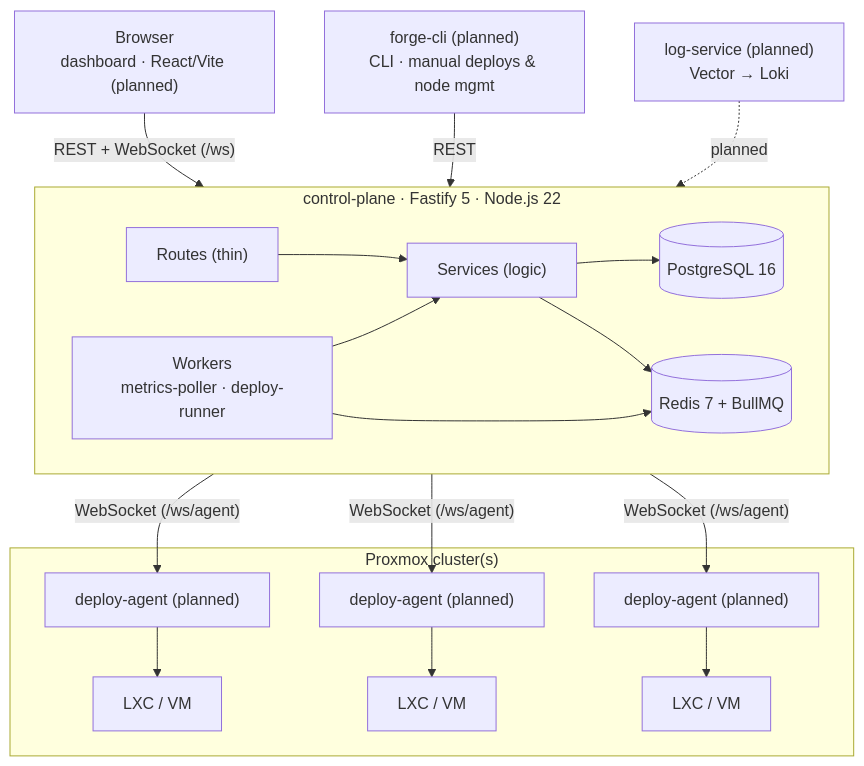
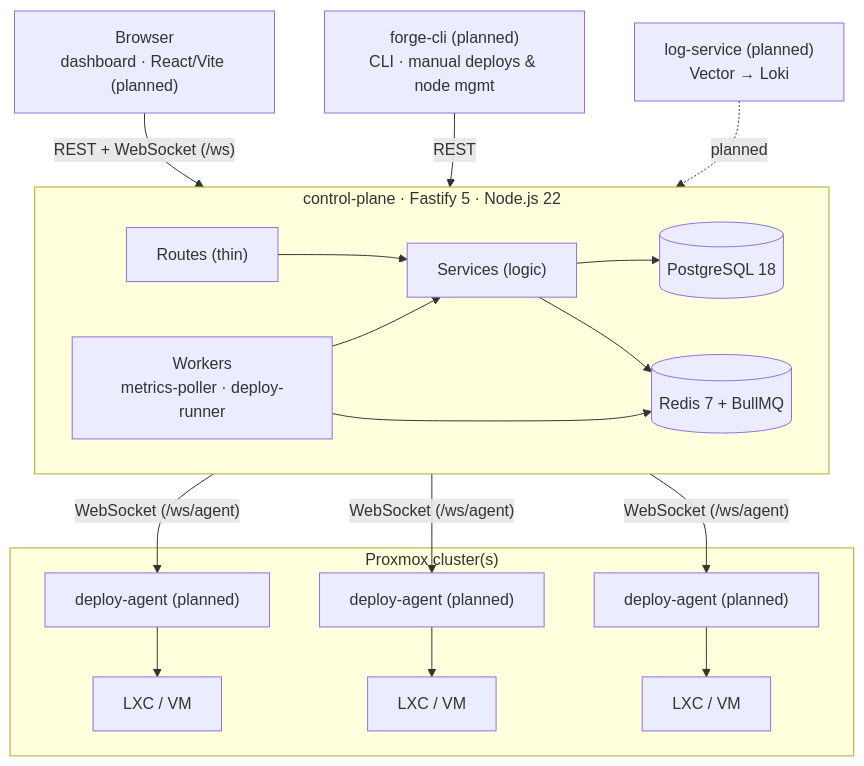
One commit to NinjaGoldfinch/ninja-ops changed the diagram in docs/architecture.md. Above: the diagram before and after it, drawn with Mermaid. The commit also changed 3 other files, not shown here.

````diff
--- a/docs/architecture.md
+++ b/docs/architecture.md
@@ -5,34 +5,34 @@
 ```mermaid
 graph TB
     Browser["Browser\ndashboard · React/Vite (planned)"]
     ForgeCLI["forge-cli (planned)\nCLI · manual deploys & node mgmt"]
     LogService["log-service (planned)\nVector → Loki"]
 
     subgraph CP["control-plane · Fastify 5 · Node.js 22"]
         Routes["Routes (thin)"]
         Services["Services (logic)"]
         Workers["Workers\nmetrics-poller · deploy-runner"]
-        PG[("PostgreSQL 16")]
+        PG[("PostgreSQL 18")]
         Redis[("Redis 7 + BullMQ")]
 
         Routes --> Services
         Services --> PG
         Services --> Redis
         Workers --> Redis
         Workers --> Services
     end
 
     Browser -- "REST + WebSocket (/ws)" --> CP
     ForgeCLI -- "REST" --> CP
     LogService -. "planned" .-> CP
 
     CP -- "WebSocket (/ws/agent)" --> Agent1
     CP -- "WebSocket (/ws/agent)" --> Agent2
     CP -- "WebSocket (/ws/agent)" --> Agent3
 
     subgraph Proxmox["Proxmox cluster(s)"]
         Agent1["deploy-agent (planned)"] --> VM1["LXC / VM"]
         Agent2["deploy-agent (planned)"] --> VM2["LXC / VM"]
         Agent3["deploy-agent (planned)"] --> VM3["LXC / VM"]
     end
 ```
````
